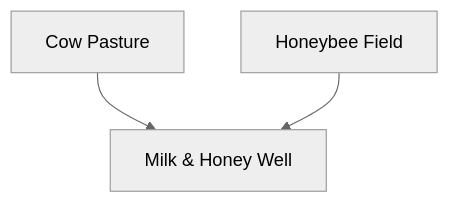
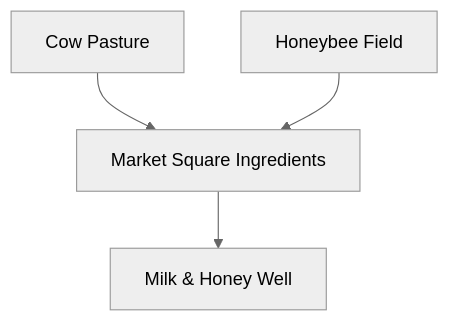
Before and after one commit to vnovak404/pony: the third of 4 diagrams in docs/supply-flows.md, drawn with Mermaid (neutral theme). The commit also changed other lines of this file and 56 other files, not shown here.

````diff
--- a/docs/supply-flows.md
+++ b/docs/supply-flows.md
@@ -29,5 +35,6 @@
 ```mermaid
 graph TD
-  Milk[Cow Pasture] --> MilkHoney[Milk & Honey Well]
-  Honey[Honeybee Field] --> MilkHoney
+  Milk[Cow Pasture] --> Market[Market Square Ingredients]
+  Honey[Honeybee Field] --> Market
+  Market --> MilkHoney[Milk & Honey Well]
 ```
````
